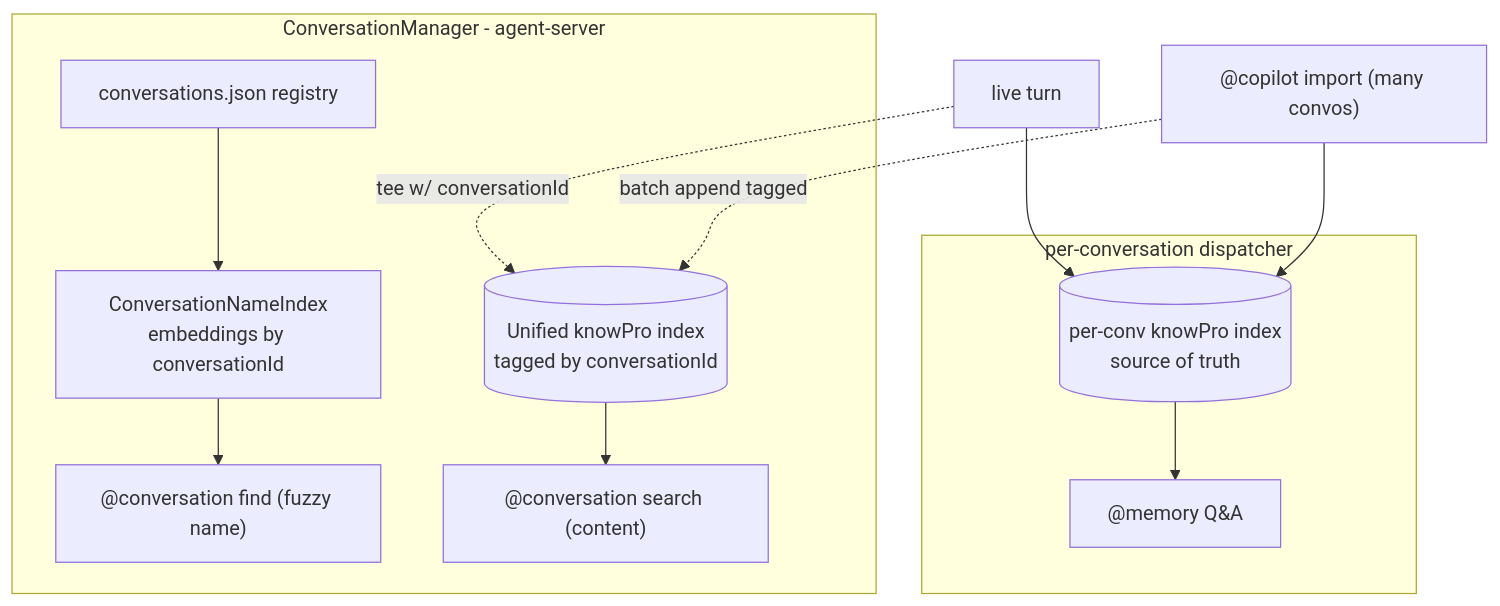
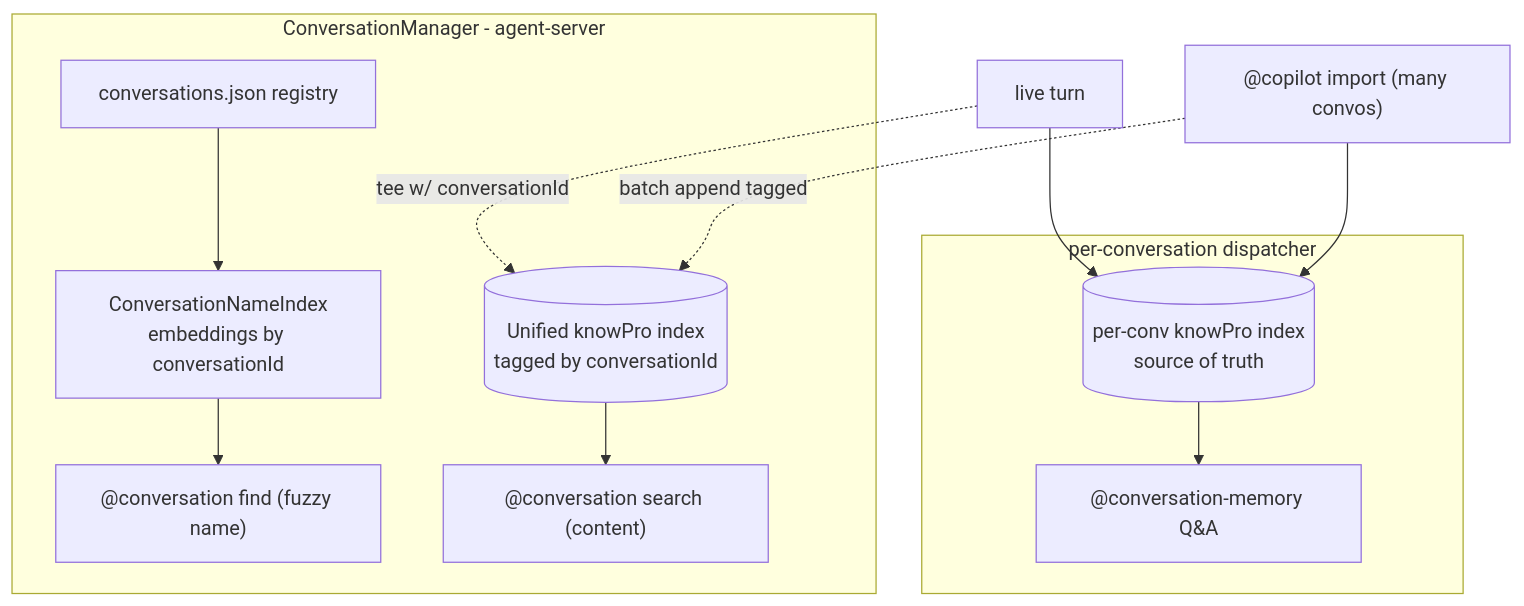
One commit to microsoft/TypeAgent changed the diagram in ts/docs/plans/conversation-search/CONVERSATION-SEARCH.md. Above: the diagram before and after it, drawn with Mermaid. The commit also changed 34 other files, not shown here.

````diff
--- a/ts/docs/plans/conversation-search/CONVERSATION-SEARCH.md
+++ b/ts/docs/plans/conversation-search/CONVERSATION-SEARCH.md
@@ -68,15 +68,15 @@
 ```mermaid
 flowchart TD
   subgraph CM[ConversationManager - agent-server]
     REG[conversations.json registry] --> NIDX[ConversationNameIndex<br/>embeddings by conversationId]
     NIDX --> FIND["@conversation find (fuzzy name)"]
     UNI[(Unified knowPro index<br/>tagged by conversationId)] --> SRCH["@conversation search (content)"]
   end
   subgraph PC[per-conversation dispatcher]
-    PMEM[(per-conv knowPro index<br/>source of truth)] --> MEMQ["@memory Q&A"]
+    PMEM[(per-conv knowPro index<br/>source of truth)] --> MEMQ["@conversation-memory Q&A"]
   end
   TURN[live turn] --> PMEM
   TURN -. tee w/ conversationId .-> UNI
   IMPORT["@copilot import (many convos)"] --> PMEM
   IMPORT -. batch append tagged .-> UNI
 ```
````
